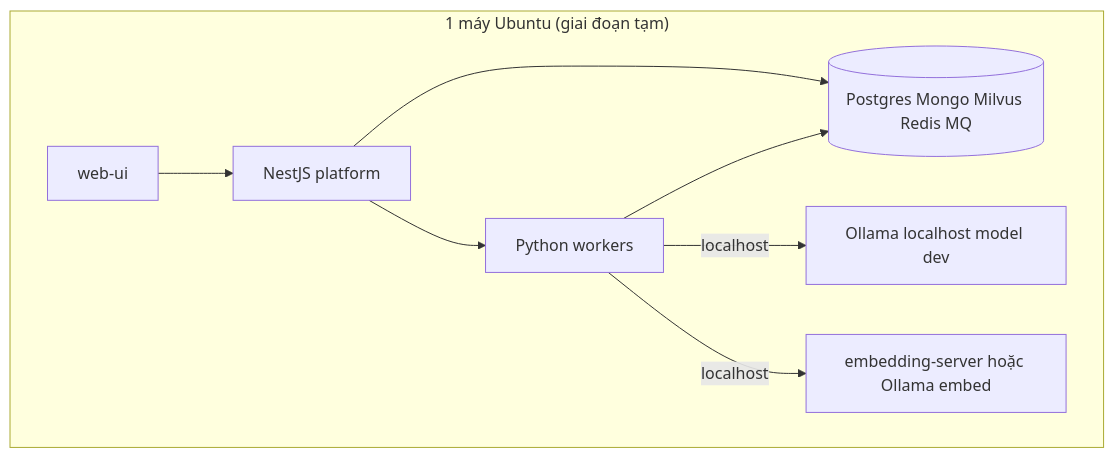
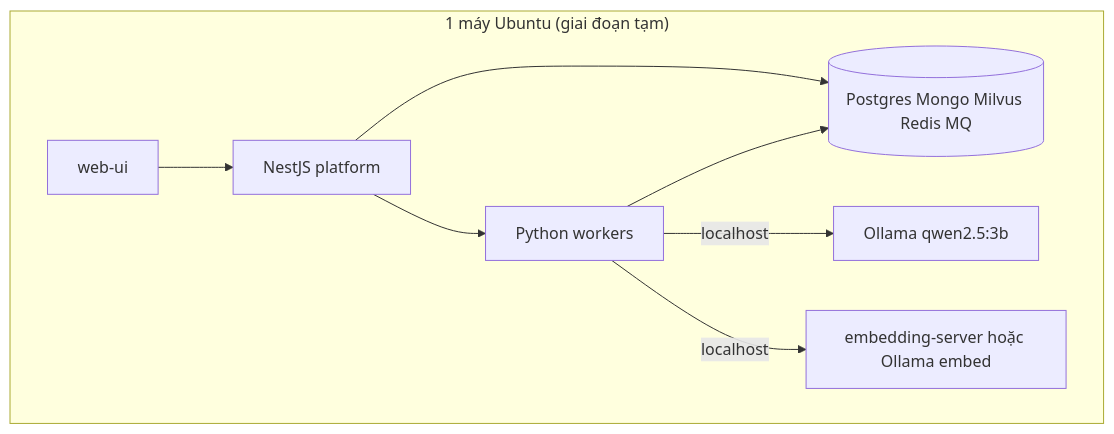
One commit to havie2309/academy-ai-platform changed the first of 4 diagrams in docs/plan.md. Above: the diagram before and after it, drawn with Mermaid. The commit also changed other lines of this file and 18 other files, not shown here.

Commit message:
A-01c: scaffold libs/ ai-clients, schemas, prompts, policies

````diff
--- a/docs/plan.md
+++ b/docs/plan.md
@@ -77,15 +77,15 @@
 ```mermaid
 flowchart TB
   subgraph Single["1 máy Ubuntu (giai đoạn tạm)"]
     WebUI[web-ui]
     Nest[NestJS platform]
     Py[Python workers]
     DB[(Postgres Mongo Milvus Redis MQ)]
-    LLM[Ollama localhost model dev]
+    LLM[Ollama qwen2.5:3b]
     EMB[embedding-server hoặc Ollama embed]
     WebUI --> Nest --> Py
     Py --> DB
     Nest --> DB
     Py -->|localhost| LLM & EMB
   end
 ```
````
